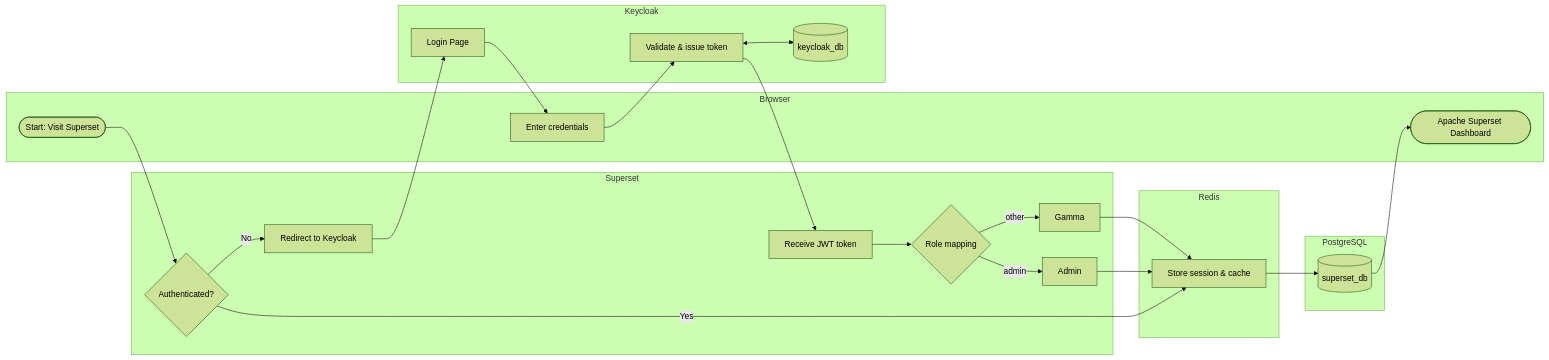
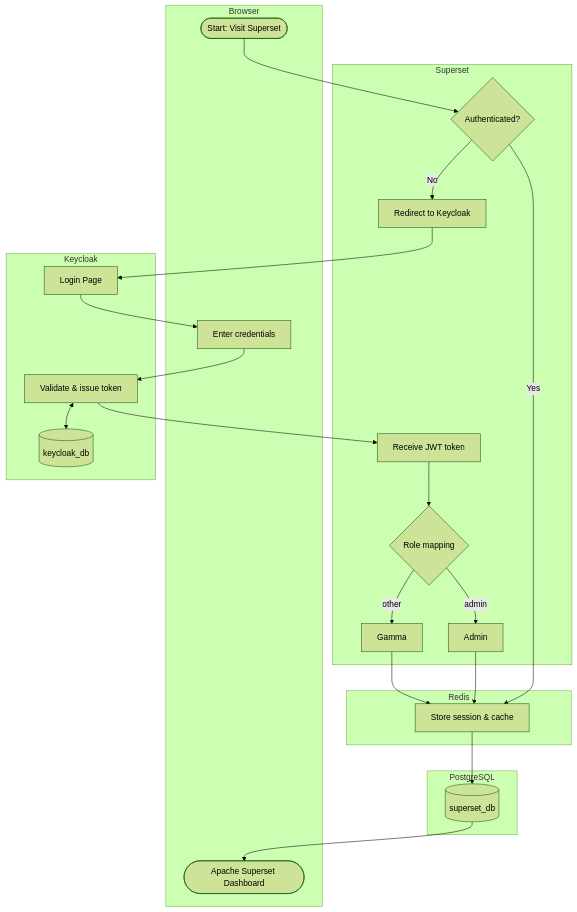
One commit to soilwise-he/SoilWise-documentation changed the diagram in tech/docs/technical_components/admin_console.md. Above: the diagram before and after it, drawn with Mermaid (forest theme). The commit also changed 1 other file, not shown here.

Commit message:
small updates

````diff
--- a/tech/docs/technical_components/admin_console.md
+++ b/tech/docs/technical_components/admin_console.md
@@ -44,58 +44,58 @@
 ```mermaid
-flowchart LR
+flowchart TD
 
     %% =====================================================
     %% Swimlane: Browser
     %% =====================================================
     subgraph BR[Browser]
         A([Start: Visit Superset])
         U1[Enter credentials]
         U2([Apache Superset Dashboard])
     end
 
     %% =====================================================
     %% Swimlane: Superset
     %% =====================================================
     subgraph SP[Superset]
         D1{Authenticated?}
         R1[Redirect to Keycloak]
         TK[Receive JWT token]
         D2{Role mapping}
         RA[Admin]
         RG[Gamma]
     end
 
     %% =====================================================
     %% Swimlane: Keycloak
     %% =====================================================
     subgraph KC[Keycloak]
         KL[Login Page]
         KV[Validate & issue token]
         KDB[(keycloak_db)]
     end
 
     %% =====================================================
     %% Swimlane: Redis
     %% =====================================================
     subgraph RD[Redis]
         RS[Store session & cache]
     end
 
     %% =====================================================
     %% Swimlane: PostgreSQL
     %% =====================================================
     subgraph PG[PostgreSQL]
         PD[(superset_db)]
     end
 
     %% =====================================================
     %% Flow
     %% =====================================================
     A --> D1
     D1 -- Yes --> RS --> PD --> U2
     D1 -- No --> R1 --> KL --> U1 --> KV
     KV <--> KDB
     KV --> TK --> D2
     D2 -- admin --> RA --> RS
     D2 -- other --> RG --> RS
 ```
````
